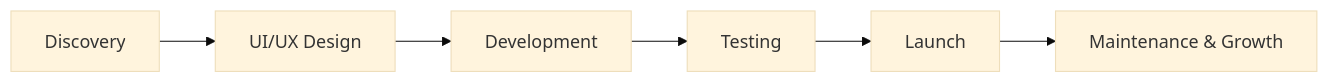
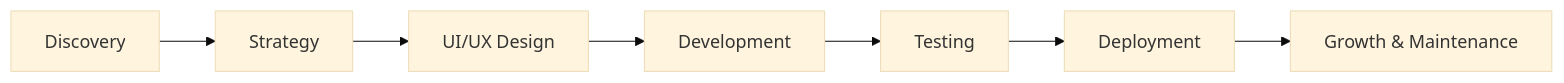
Before and after one commit to Digital-Wharf/.github: the diagram in profile/README.md, drawn with Mermaid (base theme). The commit also changed other lines of this file, not shown here.

````diff
--- a/profile/README.md
+++ b/profile/README.md
@@ -72,8 +117,10 @@
 ```mermaid
 flowchart LR
-    A[Discovery] --> B[UI/UX Design]
-    B --> C[Development]
-    C --> D[Testing]
-    D --> E[Launch]
-    E --> F[Maintenance & Growth]
+
+A[Discovery] --> B[Strategy]
+B --> C[UI/UX Design]
+C --> D[Development]
+D --> E[Testing]
+E --> F[Deployment]
+F --> G[Growth & Maintenance]
 ```
````
